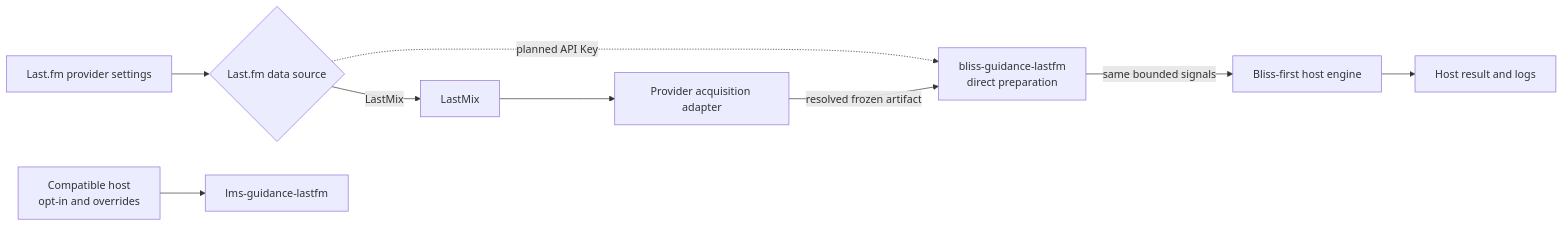
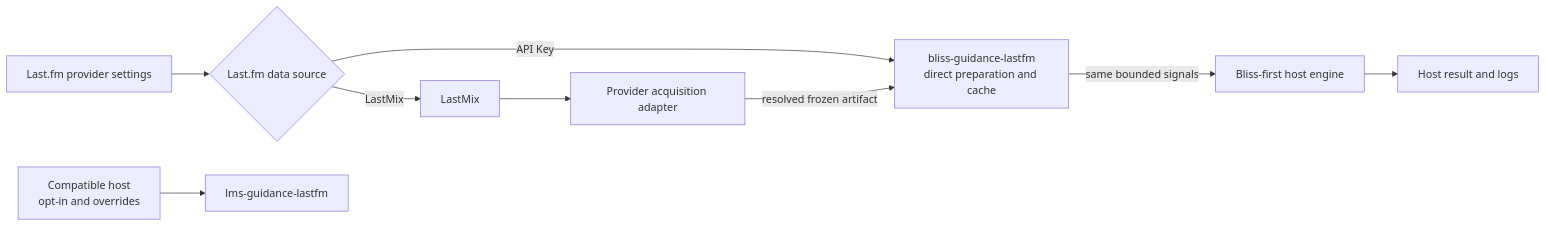
The diagram in LASTFM_GUIDANCE_ACQUISITION_PLAN.md (chrober/bliss-similarity-design), drawn with Mermaid before and after one commit. The commit also changed other lines of this file and 6 other files, not shown here.

````diff
--- a/LASTFM_GUIDANCE_ACQUISITION_PLAN.md
+++ b/LASTFM_GUIDANCE_ACQUISITION_PLAN.md
@@ -69,11 +70,11 @@
 ```mermaid
 flowchart LR
     PS[Last.fm provider settings] --> S{Last.fm data source}
     H[Compatible host\nopt-in and overrides] --> P[lms-guidance-lastfm]
     S -->|LastMix| LM[LastMix]
     LM --> A[Provider acquisition adapter]
-    S -.->|planned API Key| D[bliss-guidance-lastfm\ndirect preparation]
+    S -->|API Key| D[bliss-guidance-lastfm\ndirect preparation and cache]
     A -->|resolved frozen artifact| D
     D -->|same bounded signals| O[Bliss-first host engine]
     O --> R[Host result and logs]
 ```
````
